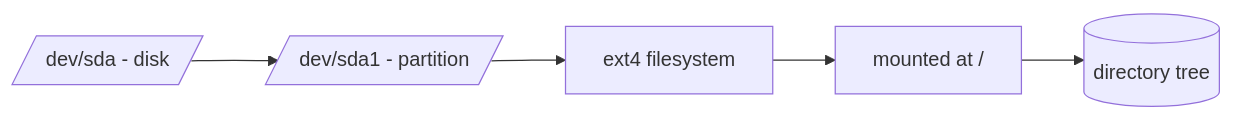
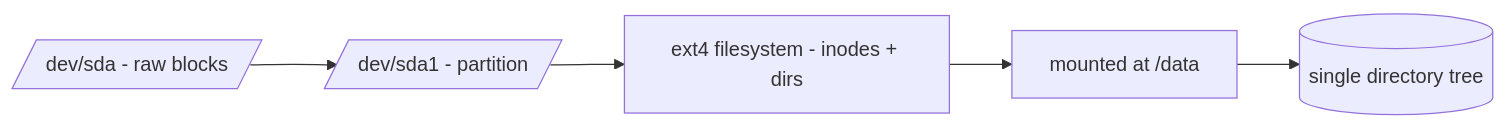
Before and after one commit to cloud-prakhar/learning-linux: the diagram in 08-storage-and-disk-management/disk-partition-mount-concepts.md, drawn with Mermaid. The commit also changed other lines of this file and 69 other files, not shown here.

````diff
--- a/08-storage-and-disk-management/disk-partition-mount-concepts.md
+++ b/08-storage-and-disk-management/disk-partition-mount-concepts.md
@@ -35,7 +42,7 @@
 ```mermaid
 flowchart LR
-    Disk[/dev/sda - disk/] --> P1[/dev/sda1 - partition/]
-    P1 --> FS[ext4 filesystem]
-    FS --> Mount[mounted at /]
-    Mount --> Tree[(directory tree)]
+    Disk[/dev/sda - raw blocks/] --> P1[/dev/sda1 - partition/]
+    P1 --> FS[ext4 filesystem - inodes + dirs]
+    FS --> Mount[mounted at /data]
+    Mount --> Tree[(single directory tree)]
 ```
````
